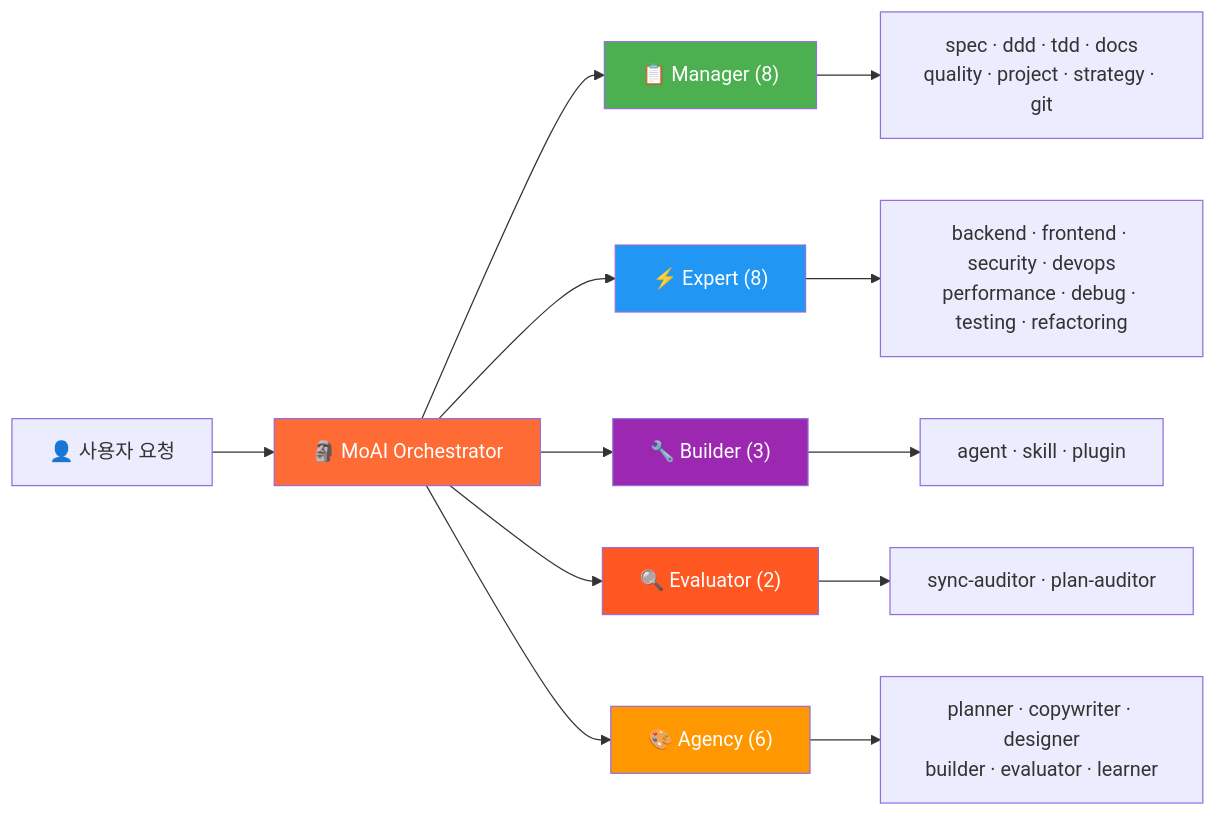
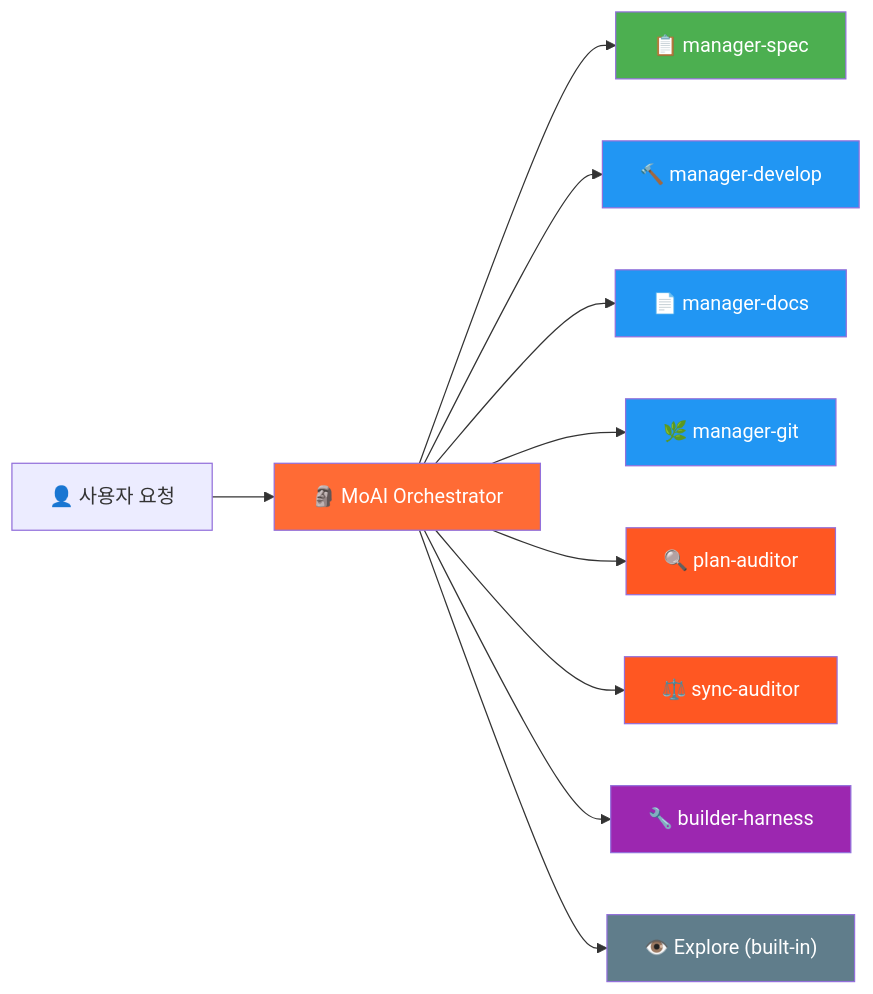
The third of 10 diagrams in README.ko.md (modu-ai/moai-adk), drawn with Mermaid before and after one commit. The commit also changed other lines of this file, not shown here.

First line of the commit message:
docs(SPEC-V3R6-DOCS-RC2-README-001): M3 README.ko.md mirror + What's New v3 rewrite

````diff
--- a/README.ko.md
+++ b/README.ko.md
@@ -310,23 +299,23 @@
 ```mermaid
 graph LR
     U["👤 사용자 요청"] --> M["🗿 MoAI Orchestrator"]
 
-    M --> MG["📋 Manager (8)"]
-    M --> EX["⚡ Expert (8)"]
-    M --> BL["🔧 Builder (3)"]
-    M --> EV["🔍 Evaluator (2)"]
-    M --> AG["🎨 Agency (6)"]
-
-    MG --> MG1["spec · ddd · tdd · docs<br/>quality · project · strategy · git"]
-    EX --> EX1["backend · frontend · security · devops<br/>performance · debug · testing · refactoring"]
-    BL --> BL1["agent · skill · plugin"]
-    EV --> EV1["sync-auditor · plan-auditor"]
-    AG --> AG1["planner · copywriter · designer<br/>builder · evaluator · learner"]
+    M --> MS["📋 manager-spec"]
+    M --> MD["🔨 manager-develop"]
+    M --> MDoc["📄 manager-docs"]
+    M --> MG["🌿 manager-git"]
+    M --> PA["🔍 plan-auditor"]
+    M --> SA["⚖️ sync-auditor"]
+    M --> BH["🔧 builder-harness"]
+    M --> EX["👁️ Explore (built-in)"]
 
     style M fill:#FF6B35,color:#fff
-    style MG fill:#4CAF50,color:#fff
-    style EX fill:#2196F3,color:#fff
-    style BL fill:#9C27B0,color:#fff
-    style EV fill:#FF5722,color:#fff
-    style AG fill:#FF9800,color:#fff
+    style MS fill:#4CAF50,color:#fff
+    style MD fill:#2196F3,color:#fff
+    style MDoc fill:#2196F3,color:#fff
+    style MG fill:#2196F3,color:#fff
+    style PA fill:#FF5722,color:#fff
+    style SA fill:#FF5722,color:#fff
+    style BH fill:#9C27B0,color:#fff
+    style EX fill:#607D8B,color:#fff
 ```
````
